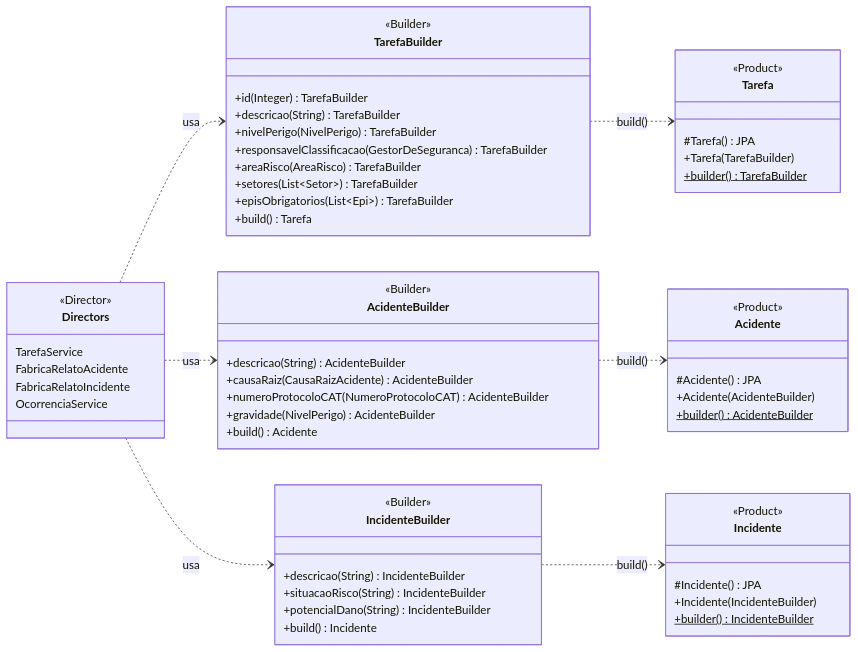
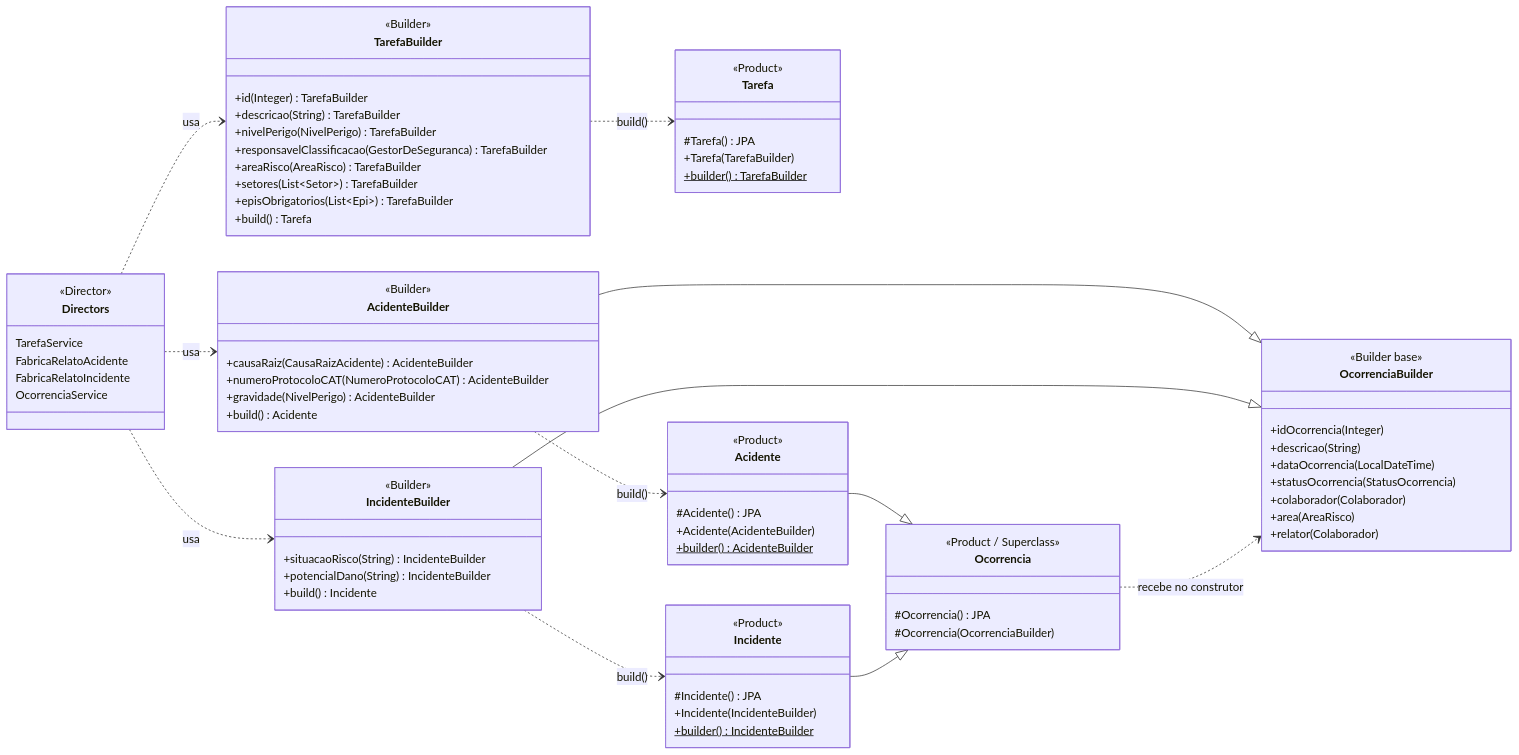
Diagram 20 of 45 in docs/arquitetura/padroes-de-projeto.md (yIuriy/rp-iv-grupo03-safeplace), drawn with Mermaid before and after one commit. The commit also changed other lines of this file, not shown here.

Commit message:
docs(arquitetura): documentar hierarquia de OcorrenciaBuilder em padroes-de-projeto (#240)

````diff
--- a/docs/arquitetura/padroes-de-projeto.md
+++ b/docs/arquitetura/padroes-de-projeto.md
@@ -1885,61 +1886,79 @@
 ```mermaid
 classDiagram
   direction LR
   class Tarefa {
     <<Product>>
     #Tarefa() JPA
     +Tarefa(TarefaBuilder)
     +builder()$ TarefaBuilder
   }
   class TarefaBuilder {
     <<Builder>>
     +id(Integer) TarefaBuilder
     +descricao(String) TarefaBuilder
     +nivelPerigo(NivelPerigo) TarefaBuilder
     +responsavelClassificacao(GestorDeSeguranca) TarefaBuilder
     +areaRisco(AreaRisco) TarefaBuilder
     +setores(List~Setor~) TarefaBuilder
     +episObrigatorios(List~Epi~) TarefaBuilder
     +build() Tarefa
   }
+  class Ocorrencia {
+    <<Product / Superclass>>
+    #Ocorrencia() JPA
+    #Ocorrencia(OcorrenciaBuilder)
+  }
+  class OcorrenciaBuilder {
+    <<Builder base>>
+    +idOcorrencia(Integer)
+    +descricao(String)
+    +dataOcorrencia(LocalDateTime)
+    +statusOcorrencia(StatusOcorrencia)
+    +colaborador(Colaborador)
+    +area(AreaRisco)
+    +relator(Colaborador)
+  }
   class Acidente {
     <<Product>>
     #Acidente() JPA
     +Acidente(AcidenteBuilder)
     +builder()$ AcidenteBuilder
   }
   class AcidenteBuilder {
     <<Builder>>
-    +descricao(String) AcidenteBuilder
     +causaRaiz(CausaRaizAcidente) AcidenteBuilder
     +numeroProtocoloCAT(NumeroProtocoloCAT) AcidenteBuilder
     +gravidade(NivelPerigo) AcidenteBuilder
     +build() Acidente
   }
   class Incidente {
     <<Product>>
     #Incidente() JPA
     +Incidente(IncidenteBuilder)
     +builder()$ IncidenteBuilder
   }
   class IncidenteBuilder {
     <<Builder>>
-    +descricao(String) IncidenteBuilder
     +situacaoRisco(String) IncidenteBuilder
     +potencialDano(String) IncidenteBuilder
     +build() Incidente
   }
   class Directors {
     <<Director>>
     TarefaService
     FabricaRelatoAcidente
     FabricaRelatoIncidente
     OcorrenciaService
   }
+  Acidente --|> Ocorrencia
+  Incidente --|> Ocorrencia
+  AcidenteBuilder --|> OcorrenciaBuilder
+  IncidenteBuilder --|> OcorrenciaBuilder
+  Ocorrencia ..> OcorrenciaBuilder : recebe no construtor
   TarefaBuilder ..> Tarefa : build()
   AcidenteBuilder ..> Acidente : build()
   IncidenteBuilder ..> Incidente : build()
   Directors ..> TarefaBuilder : usa
   Directors ..> AcidenteBuilder : usa
   Directors ..> IncidenteBuilder : usa
 ```
````
